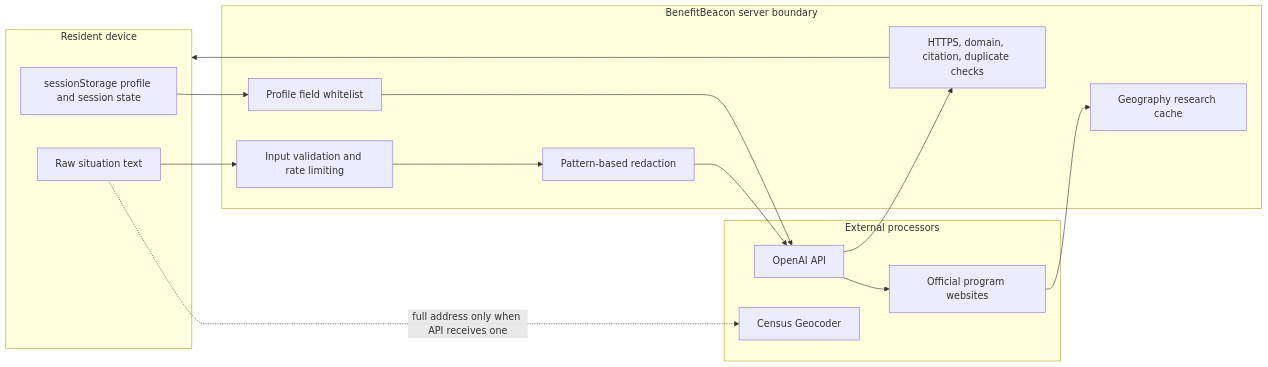
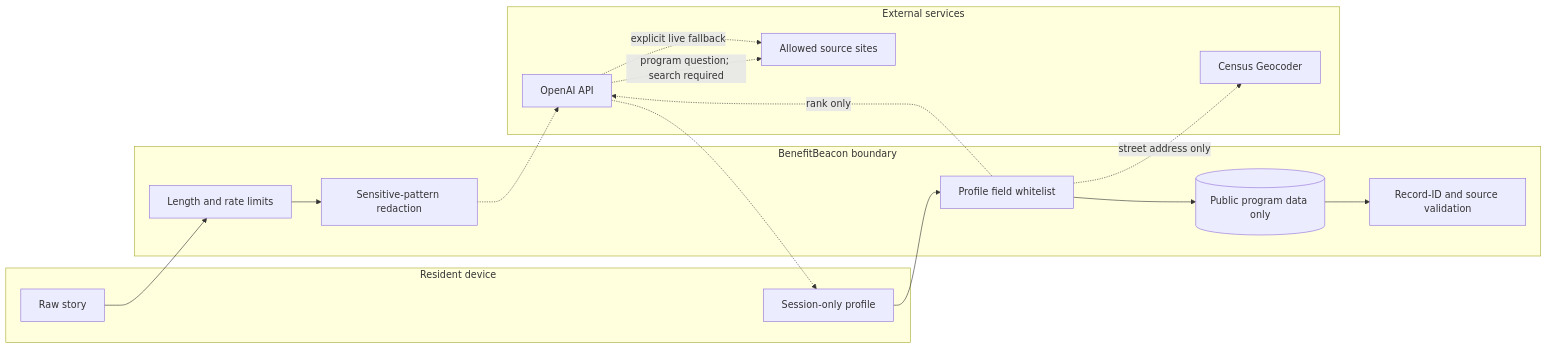
Before and after one commit to arjunsurendra/BenefitBeacon: the eighth of 8 diagrams in ARCHITECTURE_AND_TECHNICAL_DESIGN.md, drawn with Mermaid. The commit also changed other lines of this file and 110 other files, not shown here.

Commit message:
Expand BenefitBeacon program guidance and accessibility

````diff
--- a/ARCHITECTURE_AND_TECHNICAL_DESIGN.md
+++ b/ARCHITECTURE_AND_TECHNICAL_DESIGN.md
@@ -395,29 +332,30 @@
 ```mermaid
 flowchart LR
     subgraph Device["Resident device"]
-        Story["Raw situation text"]
-        Session["sessionStorage profile and session state"]
+        Story["Raw story"]
+        Session["Session-only profile"]
     end
 
-    subgraph AppBoundary["BenefitBeacon server boundary"]
-        Validate["Input validation and rate limiting"]
-        Redact["Pattern-based redaction"]
+    subgraph App["BenefitBeacon boundary"]
+        Limits["Length and rate limits"]
+        Redact["Sensitive-pattern redaction"]
         Whitelist["Profile field whitelist"]
-        URLGuard["HTTPS, domain, citation, duplicate checks"]
-        Memory["Geography research cache"]
+        SQLite[("Public program data only")]
+        Validate["Record-ID and source validation"]
     end
 
-    subgraph External["External processors"]
+    subgraph External["External services"]
         OpenAI["OpenAI API"]
         Census["Census Geocoder"]
-        Official["Official program websites"]
+        Web["Allowed source sites"]
     end
 
-    Story --> Validate --> Redact --> OpenAI
-    Session --> Whitelist --> OpenAI
-    Story -. "full address only when API receives one" .-> Census
-    OpenAI --> Official
-    OpenAI --> URLGuard
-    URLGuard --> Device
-    Official --> Memory
+    Story --> Limits --> Redact -.-> OpenAI
+    OpenAI -.-> Session
+    Session --> Whitelist --> SQLite
+    SQLite --> Validate
+    Whitelist -. "rank only" .-> OpenAI
+    Whitelist -. "street address only" .-> Census
+    OpenAI -. "explicit live fallback" .-> Web
+    OpenAI -. "program question; search required" .-> Web
 ```
````
